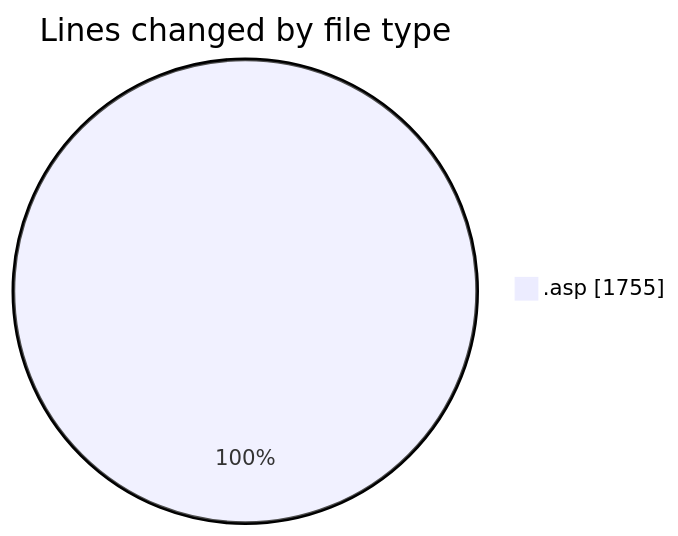
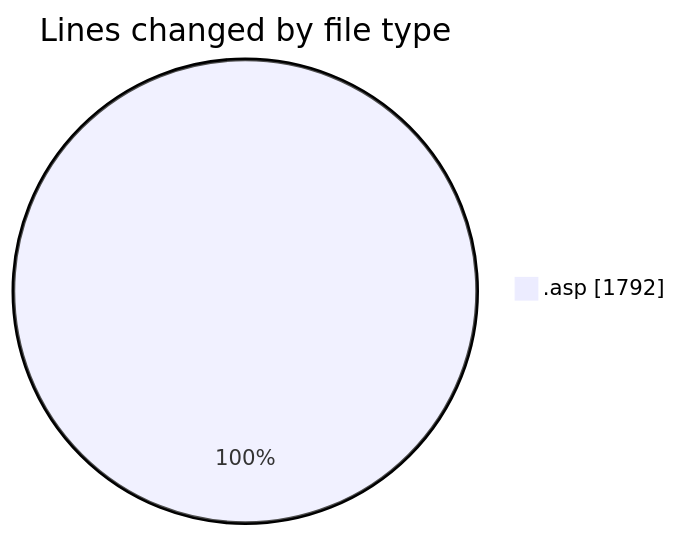
The first of 2 diagrams in 2025-11-26/cdp_aleoudev_fr__workspace_/README.md (julien-gomy/code-tracking), drawn with Mermaid before and after one commit. The commit also changed other lines of this file and 1 other file, not shown here.

````diff
--- a/2025-11-26/cdp_aleoudev_fr__workspace_/README.md
+++ b/2025-11-26/cdp_aleoudev_fr__workspace_/README.md
@@ -21,5 +21,5 @@
 ```mermaid
 pie showData
 title Lines changed by file type
-".asp" : 1755
+".asp" : 1792
 ```
````
